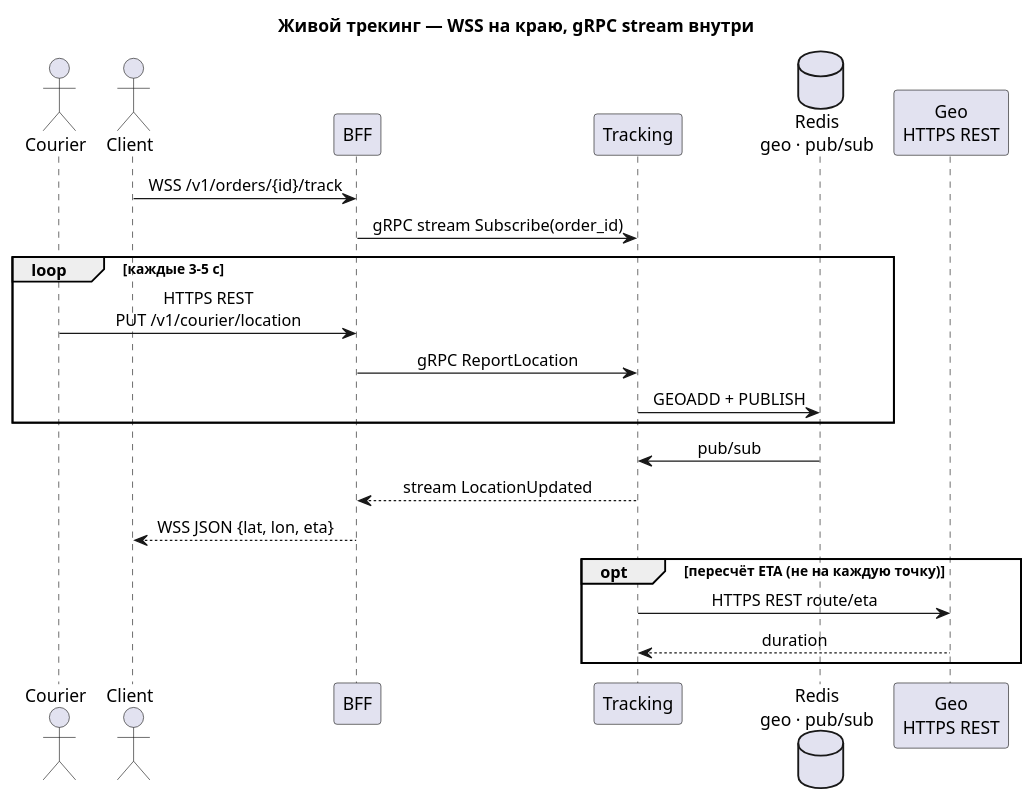
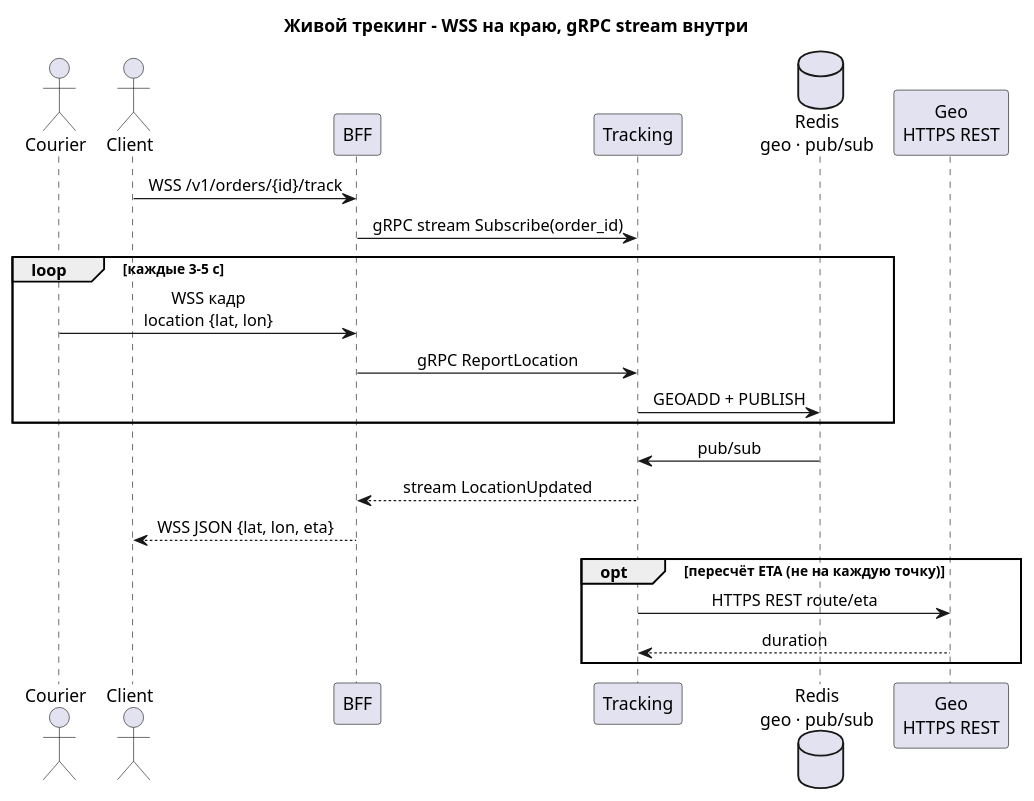
Before and after one commit to Gomozov/otus-systemdesign-homework: the diagram in hw_02/solution/diagrams/sequence-tracking.puml, drawn with PlantUML. The commit also changed 5 other files, not shown here.

```diff
--- a/hw_02/solution/diagrams/sequence-tracking.puml
+++ b/hw_02/solution/diagrams/sequence-tracking.puml
@@ -1,30 +1,30 @@
 @startuml sequence-tracking
-title Живой трекинг — WSS на краю, gRPC stream внутри
+title Живой трекинг - WSS на краю, gRPC stream внутри
 skinparam sequenceMessageAlign center
 
 actor Courier as CR
 actor Client as CL
 participant "BFF" as BFF
 participant "Tracking" as TR
 database "Redis\ngeo · pub/sub" as RD
 participant "Geo\nHTTPS REST" as GEO
 
 CL -> BFF: WSS /v1/orders/{id}/track
 BFF -> TR: gRPC stream Subscribe(order_id)
 
 loop каждые 3–5 с
-  CR -> BFF: HTTPS REST\nPUT /v1/courier/location
+  CR -> BFF: WSS кадр\nlocation {lat, lon}
   BFF -> TR: gRPC ReportLocation
   TR -> RD: GEOADD + PUBLISH
 end
 
 RD -> TR: pub/sub
 TR --> BFF: stream LocationUpdated
 BFF --> CL: WSS JSON {lat, lon, eta}
 
 opt пересчёт ETA (не на каждую точку)
   TR -> GEO: HTTPS REST route/eta
   GEO --> TR: duration
 end
 
 @enduml
```
